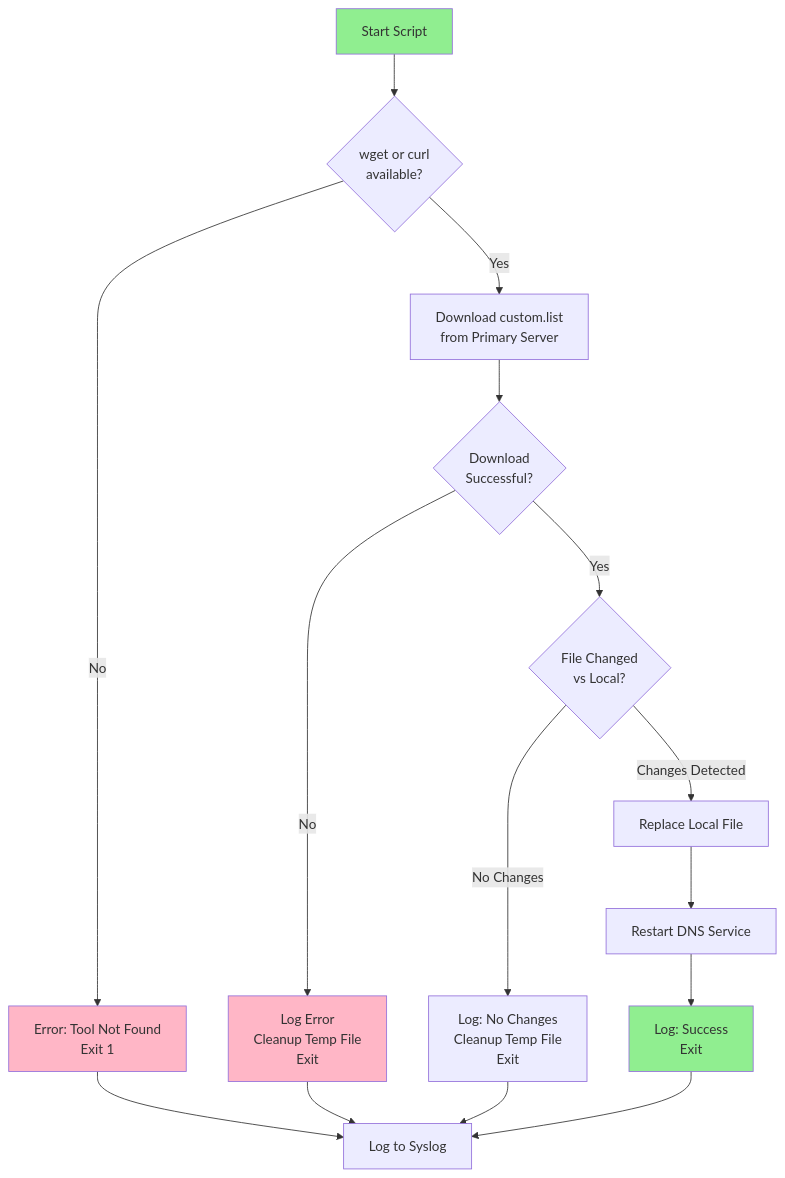
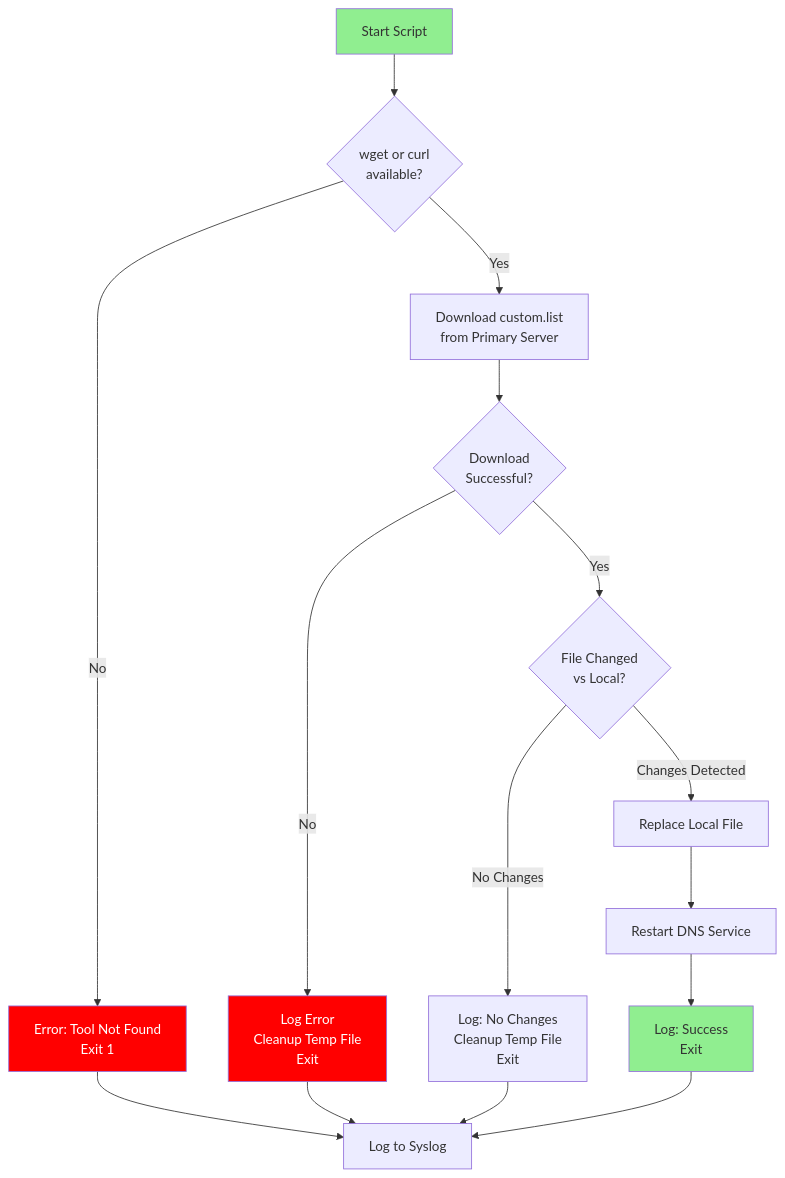
The first of 2 diagrams in README.md (alexd-gh/Pi-Hole-custom.list-Synchronizer), drawn with Mermaid before and after one commit.

````diff
--- a/README.md
+++ b/README.md
@@ -39,21 +39,21 @@
 ```mermaid
 graph TD
     A["Start Script"] --> B{"wget or curl<br/>available?"}
     B -->|No| C["Error: Tool Not Found<br/>Exit 1"]
     B -->|Yes| D["Download custom.list<br/>from Primary Server"]
     D --> E{"Download<br/>Successful?"}
     E -->|No| F["Log Error<br/>Cleanup Temp File<br/>Exit"]
     E -->|Yes| G{"File Changed<br/>vs Local?"}
     G -->|No Changes| H["Log: No Changes<br/>Cleanup Temp File<br/>Exit"]
     G -->|Changes Detected| I["Replace Local File"]
     I --> J["Restart DNS Service"]
     J --> K["Log: Success<br/>Exit"]
     C --> L["Log to Syslog"]
     F --> L
     H --> L
     K --> L
     style A fill:#90EE90
     style K fill:#90EE90
-    style C fill:#FFB6C6
-    style F fill:#FFB6C6
+    style C fill:#FF0000,color:#fff
+    style F fill:#FF0000,color:#fff
 ```
````
